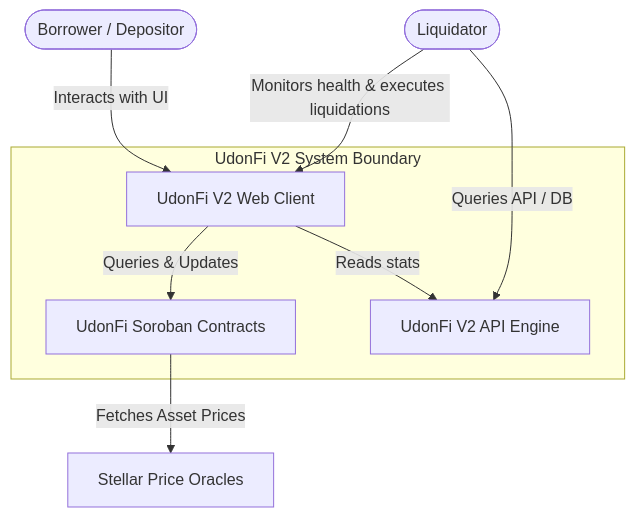
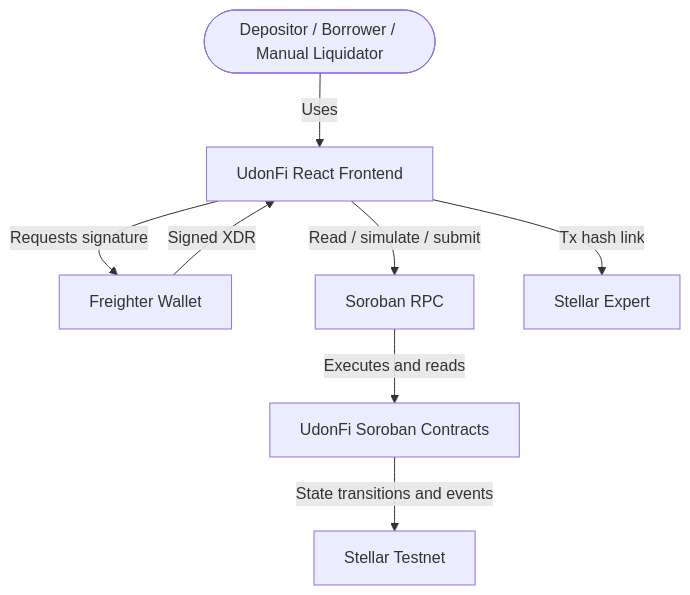
Before and after one commit to TheAnh1404/UdonFi: the first of 4 diagrams in docs/03-c4-model.md, drawn with Mermaid. The commit also changed other lines of this file and 191 other files, not shown here.

````diff
--- a/docs/03-c4-model.md
+++ b/docs/03-c4-model.md
@@ -9,17 +7,10 @@
 ```mermaid
 graph TB
-    User([Borrower / Depositor]) -->|Interacts with UI| UI[UdonFi V2 Web Client]
-    Liquidator([Liquidator]) -->|Monitors health & executes liquidations| UI
-    Liquidator -->|Queries API / DB| API[UdonFi V2 API Engine]
-    
-    UI -->|Queries & Updates| SC[UdonFi Soroban Contracts]
-    UI -->|Reads stats| API
-    
-    SC -->|Fetches Asset Prices| Oracle[Stellar Price Oracles]
-    
-    subgraph UdonFi V2 System Boundary
-        UI
-        API
-        SC
-    end
+    User([Depositor / Borrower / Manual Liquidator]) -->|Uses| UI[UdonFi React Frontend]
+    UI -->|Requests signature| Wallet[Freighter Wallet]
+    Wallet -->|Signed XDR| UI
+    UI -->|Read / simulate / submit| RPC[Soroban RPC]
+    RPC -->|Executes and reads| SC[UdonFi Soroban Contracts]
+    SC -->|State transitions and events| Testnet[Stellar Testnet]
+    UI -->|Tx hash link| Expert[Stellar Expert]
 ```
````
